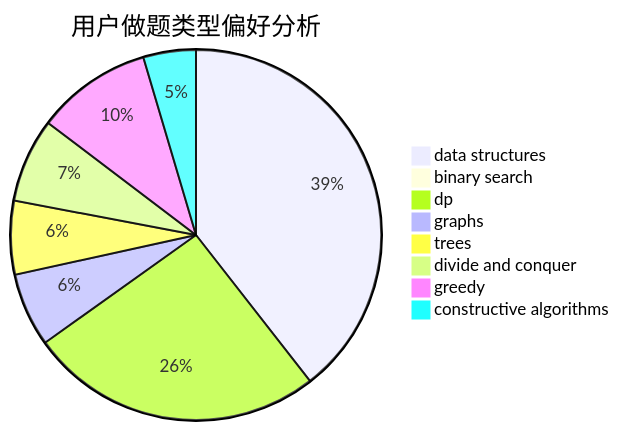
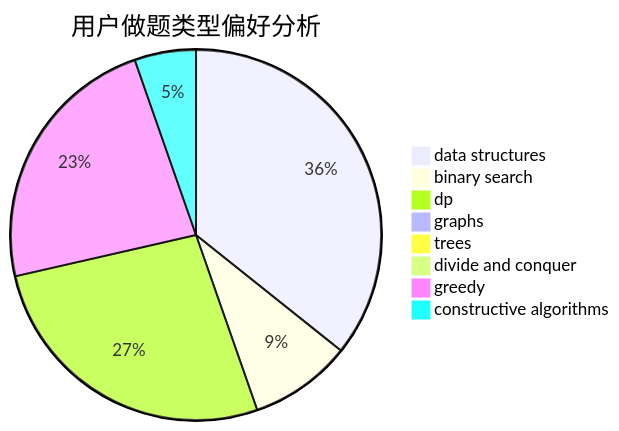
One commit to sherpahu/cfrs.github.io changed the second of 3 diagrams in docs/user/u710.md. Above: the diagram before and after it, drawn with Mermaid. The commit also changed other lines of this file and 2770 other files, not shown here.

````diff
--- a/docs/user/u710.md
+++ b/docs/user/u710.md
@@ -23,11 +23,11 @@
 ```mermaid
 pie title 用户做题类型偏好分析
-    "data structures" :  43
-    "binary search" :  0
-    "dp" :  28
-    "graphs" :  7
-    "trees" :  7
-    "divide and conquer" :  8
-    "greedy" :  11
-    "constructive algorithms" :  5
+    "data structures" :  20
+    "binary search" :  5
+    "dp" :  15
+    "graphs" :  0
+    "trees" :  0
+    "divide and conquer" :  0
+    "greedy" :  13
+    "constructive algorithms" :  3
 ```
````
